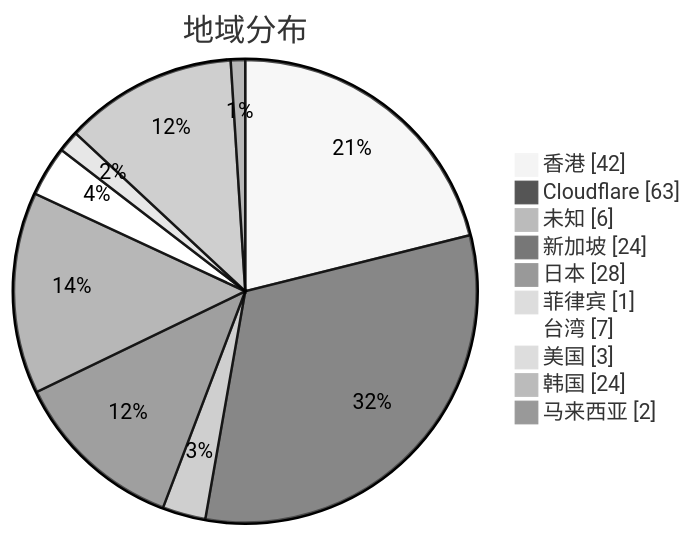
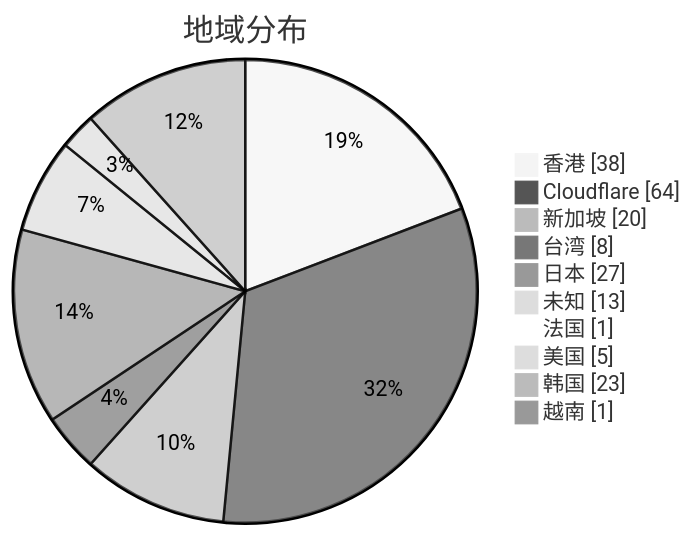
The second of 3 diagrams in subs/statistics/tested_within.md (qjlxg/airport), drawn with Mermaid (neutral theme) before and after one commit. The commit also changed other lines of this file and 2 other files, not shown here.

Commit message:
Tested by metaST

````diff
--- a/subs/statistics/tested_within.md
+++ b/subs/statistics/tested_within.md
@@ -11,14 +12,14 @@
 ```mermaid
 pie showData
 title 地域分布
-"香港" : 42
-"Cloudflare" : 63
-"未知" : 6
-"新加坡" : 24
-"日本" : 28
-"菲律宾" : 1
-"台湾" : 7
-"美国" : 3
-"韩国" : 24
-"马来西亚" : 2
+"香港" : 38
+"Cloudflare" : 64
+"新加坡" : 20
+"台湾" : 8
+"日本" : 27
+"未知" : 13
+"法国" : 1
+"美国" : 5
+"韩国" : 23
+"越南" : 1
 ```
````
